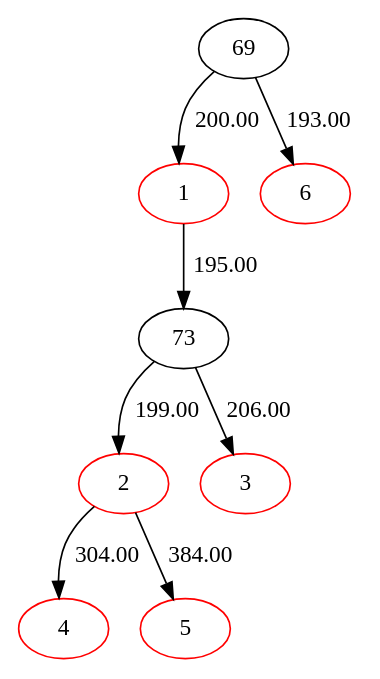
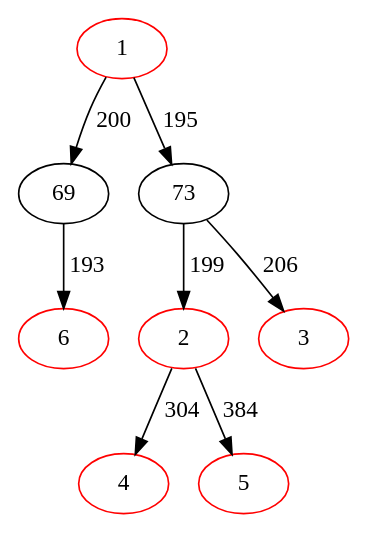
One commit to Aura9111/SteinerBA changed the diagram in example/041crit.dot. Above: the diagram before and after it, drawn with Graphviz. The commit also changed 83 other files, not shown here.

```diff
--- a/example/041crit.dot
+++ b/example/041crit.dot
@@ -1,17 +1,17 @@
 digraph {
 1[color=red]
 2[color=red]
 3[color=red]
 4[color=red]
 69[color=black]
 5[color=red]
 6[color=red]
 73[color=black]
-69->1[label=200.00]
-2->4[label=304.00]
-2->5[label=384.00]
-1->73[label=195.00]
-69->6[label=193.00]
-73->2[label=199.00]
-73->3[label=206.00]
+1->69[label=200]
+2->4[label=304]
+2->5[label=384]
+1->73[label=195]
+69->6[label=193]
+73->2[label=199]
+73->3[label=206]
 }
```
